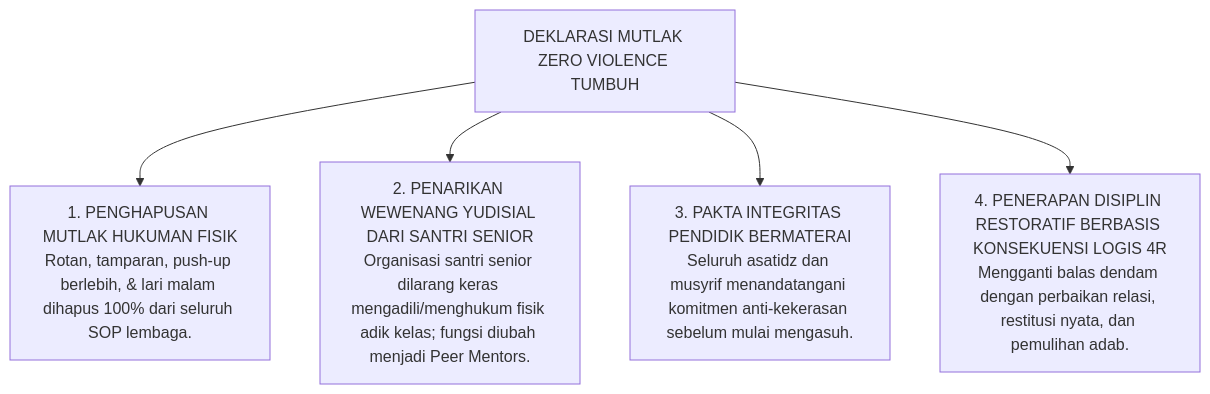
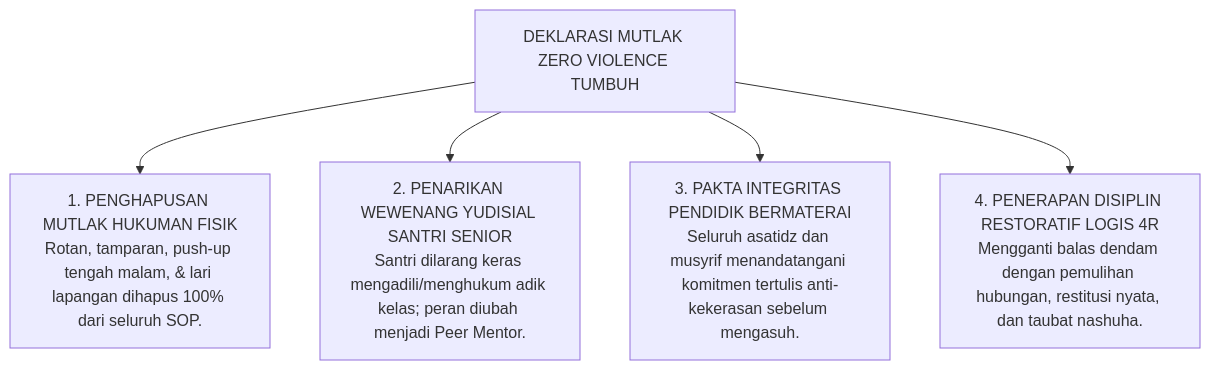
One commit to wandiapriliyandi/tumbuh changed the fifth of 5 diagrams in BOOK-SERIES/Volume-01/Bab-01-Krisis-Karakter-dan-Urgensi-Rekonstruksi/02-Fenomenologi-Kekerasan-dan-Senioritas-Feodal.md. Above: the diagram before and after it, drawn with Mermaid. The commit also changed other lines of this file, not shown here.

Commit message:
docs(bab-1.2): rekonstruksi naskah master monograf dekonstruksi kekerasan & feodalisme senioritas dengan alur mengalir dan menggugah jiwa

````diff
--- a/BOOK-SERIES/Volume-01/Bab-01-Krisis-Karakter-dan-Urgensi-Rekonstruksi/02-Fenomenologi-Kekerasan-dan-Senioritas-Feodal.md
+++ b/BOOK-SERIES/Volume-01/Bab-01-Krisis-Karakter-dan-Urgensi-Rekonstruksi/02-Fenomenologi-Kekerasan-dan-Senioritas-Feodal.md
@@ -95,12 +156,12 @@
 ```mermaid
 graph TD
     KomitmenZero["DEKLARASI MUTLAK ZERO VIOLENCE TUMBUH"]
     
-    KomitmenZero --> K1["1. PENGHAPUSAN MUTLAK HUKUMAN FISIK<br/>Rotan, tamparan, push-up berlebih, & lari malam dihapus 100% dari seluruh SOP lembaga."]
+    KomitmenZero --> K1["1. PENGHAPUSAN MUTLAK HUKUMAN FISIK<br/>Rotan, tamparan, push-up tengah malam, & lari lapangan dihapus 100% dari seluruh SOP."]
     
-    KomitmenZero --> K2["2. PENARIKAN WEWENANG YUDISIAL DARI SANTRI SENIOR<br/>Organisasi santri senior dilarang keras mengadili/menghukum fisik adik kelas; fungsi diubah menjadi Peer Mentors."]
+    KomitmenZero --> K2["2. PENARIKAN WEWENANG YUDISIAL SANTRI SENIOR<br/>Santri dilarang keras mengadili/menghukum adik kelas; peran diubah menjadi Peer Mentor."]
     
-    KomitmenZero --> K3["3. PAKTA INTEGRITAS PENDIDIK BERMATERAI<br/>Seluruh asatidz dan musyrif menandatangani komitmen anti-kekerasan sebelum mulai mengasuh."]
+    KomitmenZero --> K3["3. PAKTA INTEGRITAS PENDIDIK BERMATERAI<br/>Seluruh asatidz dan musyrif menandatangani komitmen tertulis anti-kekerasan sebelum mengasuh."]
     
-    KomitmenZero --> K4["4. PENERAPAN DISIPLIN RESTORATIF BERBASIS KONSEKUENSI LOGIS 4R<br/>Mengganti balas dendam dengan perbaikan relasi, restitusi nyata, dan pemulihan adab."]
+    KomitmenZero --> K4["4. PENERAPAN DISIPLIN RESTORATIF LOGIS 4R<br/>Mengganti balas dendam dengan pemulihan hubungan, restitusi nyata, dan taubat nashuha."]
 ```
````
